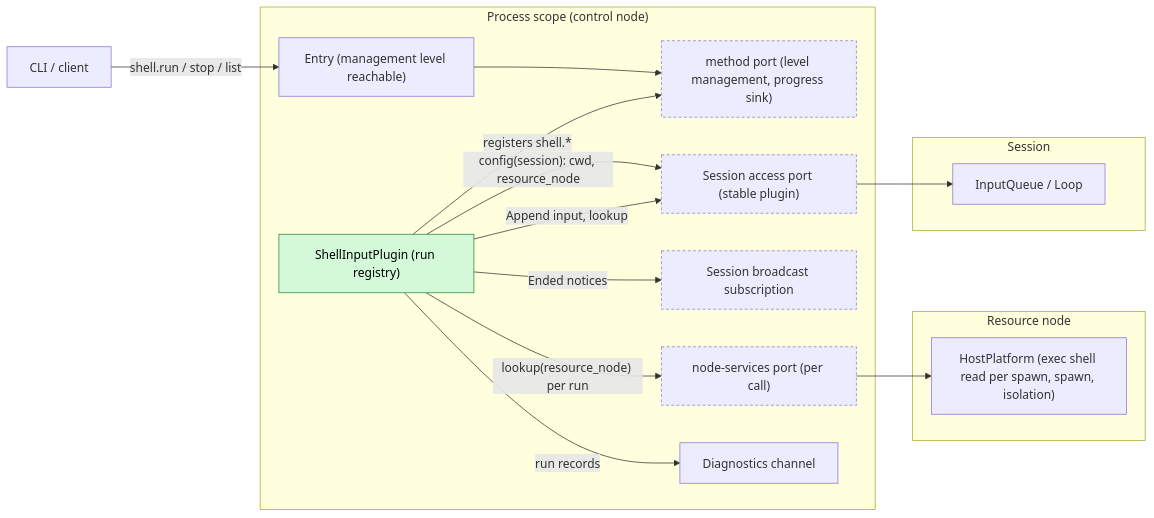
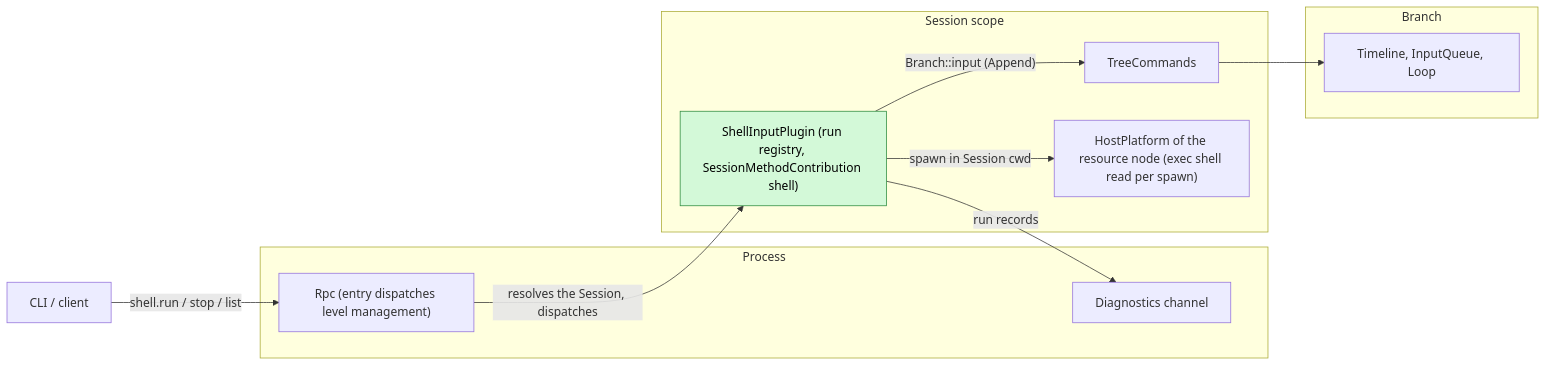
The first of 5 diagrams in docs/design/plugins/ShellInput.md (CoutinhoTTS/dim-agent), drawn with Mermaid before and after one commit. The commit also changed other lines of this file and 3 other files, not shown here.

Commit message:
docs(design): rescope Questions, Goal, ShellInput and Attachments per ADR 002

````diff
--- a/docs/design/plugins/ShellInput.md
+++ b/docs/design/plugins/ShellInput.md
@@ -9,31 +9,23 @@
 ```mermaid
 flowchart LR
   CLI["CLI / client"]
-  subgraph P["Process scope (control node)"]
-    MG["Entry (management level reachable)"]
-    MC["method port (level management, progress sink)"]:::contract
-    SI["ShellInputPlugin (run registry)"]:::new
-    SA["Session access port (stable plugin)"]:::contract
-    SE["Session broadcast subscription"]:::contract
-    NS["node-services port (per call)"]:::contract
+  subgraph P["Process"]
+    RPC["Rpc (entry dispatches level management)"]
     DG["Diagnostics channel"]
   end
-  subgraph N["Resource node"]
-    HP["HostPlatform (exec shell read per spawn, spawn, isolation)"]
+  subgraph S["Session scope"]
+    SI["ShellInputPlugin (run registry, SessionMethodContribution shell)"]:::new
+    TC["TreeCommands"]
+    HP["HostPlatform of the resource node (exec shell read per spawn)"]
   end
-  subgraph S["Session"]
-    IQ["InputQueue / Loop"]
+  subgraph B["Branch"]
+    IQ["Timeline, InputQueue, Loop"]
   end
-  CLI -- "shell.run / stop / list" --> MG
-  MG --> MC
-  SI -- "registers shell.*" --> MC
-  SI -- "config(session): cwd, resource_node" --> SA
-  SI -- "lookup(resource_node) per run" --> NS
-  NS --> HP
-  SI -- "Append input, lookup" --> SA
-  SA --> IQ
-  SI -- "Ended notices" --> SE
+  CLI -- "shell.run / stop / list" --> RPC
+  RPC -- "resolves the Session, dispatches" --> SI
+  SI -- "spawn in Session cwd" --> HP
+  SI -- "Branch::input (Append)" --> TC
+  TC --> IQ
   SI -- "run records" --> DG
   classDef new fill:#d3f9d8,stroke:#2b8a3e,color:#000
-  classDef contract stroke-dasharray:4 3
 ```
````
